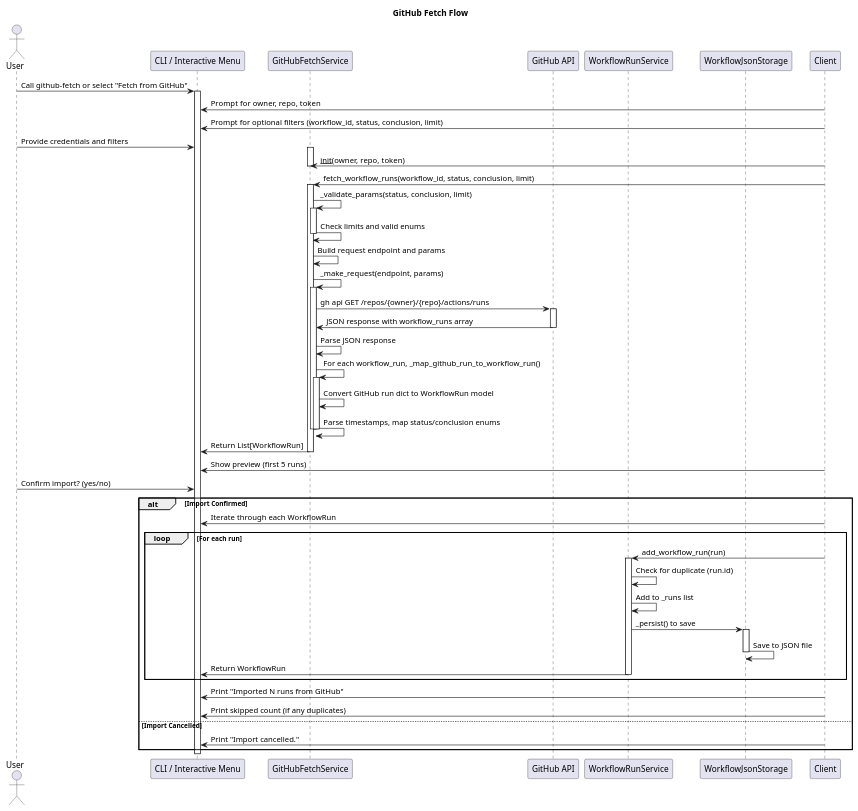
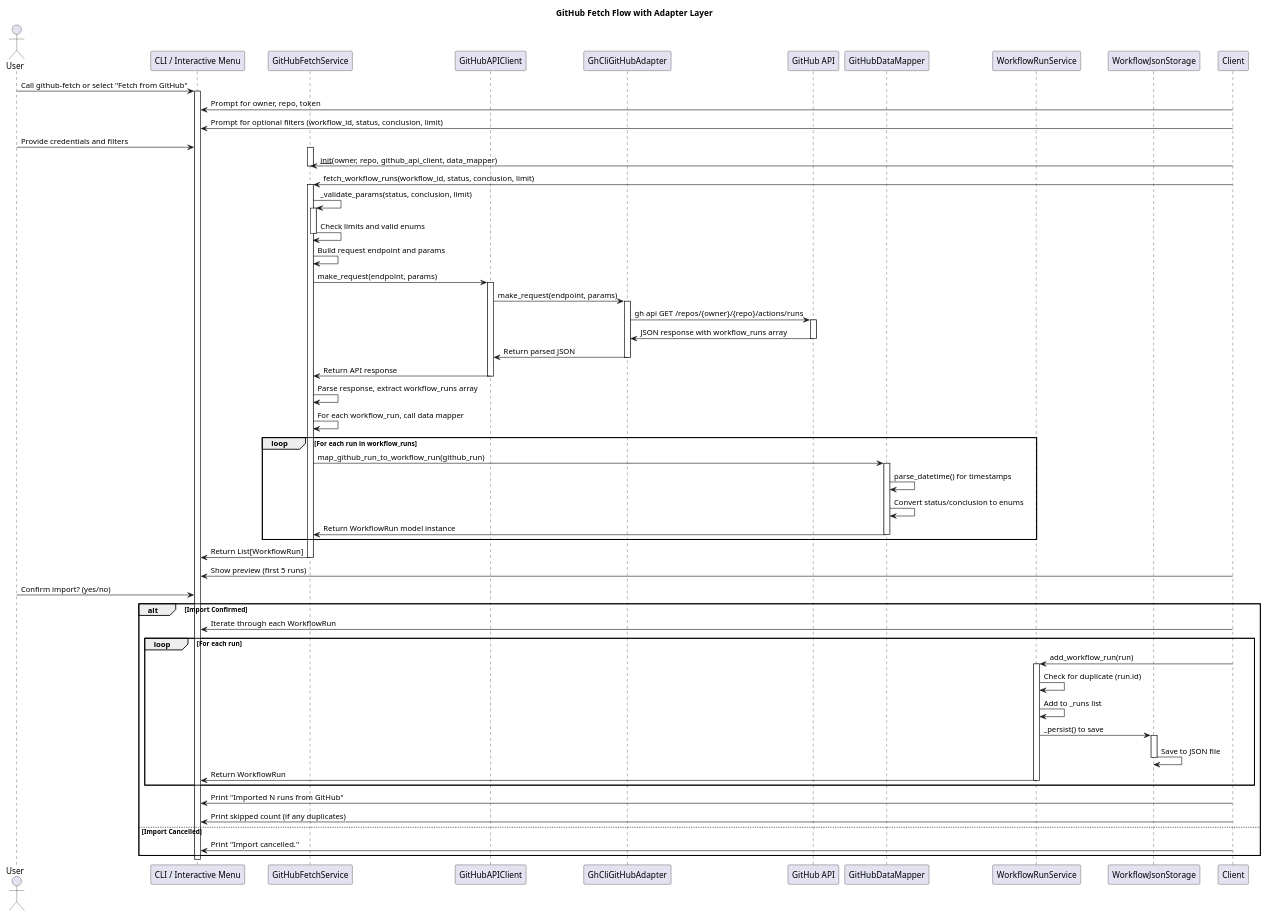
One commit to DanielRiha8906/Software_autoevolution_using_agents changed the diagram in experiments/supervisor_as_tools/structured_text/github-workflow-manager/artifacts/sequence_diagram_github_fetch.puml. Above: the diagram before and after it, drawn with PlantUML. The commit also changed 11 other files, not shown here.

First line of the commit message:
task 09 | supervisor_as_tools / structured_text / github-workflow-manager

```diff
--- a/experiments/supervisor_as_tools/structured_text/github-workflow-manager/artifacts/sequence_diagram_github_fetch.puml
+++ b/experiments/supervisor_as_tools/structured_text/github-workflow-manager/artifacts/sequence_diagram_github_fetch.puml
@@ -1,76 +1,91 @@
 @startuml sequence_diagram_github_fetch
 
-title GitHub Fetch Flow
+title GitHub Fetch Flow with Adapter Layer
 
 actor User
 participant "CLI / Interactive Menu" as CLIENT
 participant "GitHubFetchService" as GH_SERVICE
+participant "GitHubAPIClient" as GH_CLIENT
+participant "GhCliGitHubAdapter" as GH_ADAPTER
 participant "GitHub API" as GH_API
+participant "GitHubDataMapper" as GH_MAPPER
 participant "WorkflowRunService" as WF_SERVICE
 participant "WorkflowJsonStorage" as STORAGE
 
 User -> CLIENT: Call github-fetch or select "Fetch from GitHub"
 activate CLIENT
 
 Client -> CLIENT: Prompt for owner, repo, token
 Client -> CLIENT: Prompt for optional filters (workflow_id, status, conclusion, limit)
 
 User -> CLIENT: Provide credentials and filters
 activate GH_SERVICE
-Client -> GH_SERVICE: __init__(owner, repo, token)
+Client -> GH_SERVICE: __init__(owner, repo, github_api_client, data_mapper)
 deactivate GH_SERVICE
 
 Client -> GH_SERVICE: fetch_workflow_runs(workflow_id, status, conclusion, limit)
 activate GH_SERVICE
 
 GH_SERVICE -> GH_SERVICE: _validate_params(status, conclusion, limit)
 activate GH_SERVICE
 GH_SERVICE -> GH_SERVICE: Check limits and valid enums
 deactivate GH_SERVICE
 
 GH_SERVICE -> GH_SERVICE: Build request endpoint and params
-GH_SERVICE -> GH_SERVICE: _make_request(endpoint, params)
-activate GH_SERVICE
+GH_SERVICE -> GH_CLIENT: make_request(endpoint, params)
+activate GH_CLIENT
 
-GH_SERVICE -> GH_API: gh api GET /repos/{owner}/{repo}/actions/runs
+GH_CLIENT -> GH_ADAPTER: make_request(endpoint, params)
+activate GH_ADAPTER
+
+GH_ADAPTER -> GH_API: gh api GET /repos/{owner}/{repo}/actions/runs
 activate GH_API
-GH_API -> GH_SERVICE: JSON response with workflow_runs array
+GH_API -> GH_ADAPTER: JSON response with workflow_runs array
 deactivate GH_API
 
-GH_SERVICE -> GH_SERVICE: Parse JSON response
-GH_SERVICE -> GH_SERVICE: For each workflow_run, _map_github_run_to_workflow_run()
-activate GH_SERVICE
-GH_SERVICE -> GH_SERVICE: Convert GitHub run dict to WorkflowRun model
-GH_SERVICE -> GH_SERVICE: Parse timestamps, map status/conclusion enums
-deactivate GH_SERVICE
-deactivate GH_SERVICE
+GH_ADAPTER -> GH_CLIENT: Return parsed JSON
+deactivate GH_ADAPTER
+
+GH_CLIENT -> GH_SERVICE: Return API response
+deactivate GH_CLIENT
+
+GH_SERVICE -> GH_SERVICE: Parse response, extract workflow_runs array
+GH_SERVICE -> GH_SERVICE: For each workflow_run, call data mapper
+loop For each run in workflow_runs
+  GH_SERVICE -> GH_MAPPER: map_github_run_to_workflow_run(github_run)
+  activate GH_MAPPER
+  GH_MAPPER -> GH_MAPPER: parse_datetime() for timestamps
+  GH_MAPPER -> GH_MAPPER: Convert status/conclusion to enums
+  GH_MAPPER -> GH_SERVICE: Return WorkflowRun model instance
+  deactivate GH_MAPPER
+end
 
 GH_SERVICE -> CLIENT: Return List[WorkflowRun]
 deactivate GH_SERVICE
 
 Client -> CLIENT: Show preview (first 5 runs)
 User -> CLIENT: Confirm import? (yes/no)
 
 alt Import Confirmed
   Client -> CLIENT: Iterate through each WorkflowRun
   loop For each run
     Client -> WF_SERVICE: add_workflow_run(run)
     activate WF_SERVICE
     WF_SERVICE -> WF_SERVICE: Check for duplicate (run.id)
     WF_SERVICE -> WF_SERVICE: Add to _runs list
     WF_SERVICE -> STORAGE: _persist() to save
     activate STORAGE
     STORAGE -> STORAGE: Save to JSON file
     deactivate STORAGE
     WF_SERVICE -> CLIENT: Return WorkflowRun
     deactivate WF_SERVICE
   end
   Client -> CLIENT: Print "Imported N runs from GitHub"
   Client -> CLIENT: Print skipped count (if any duplicates)
 else Import Cancelled
   Client -> CLIENT: Print "Import cancelled."
 end
 
 deactivate CLIENT
 
 @enduml
```
